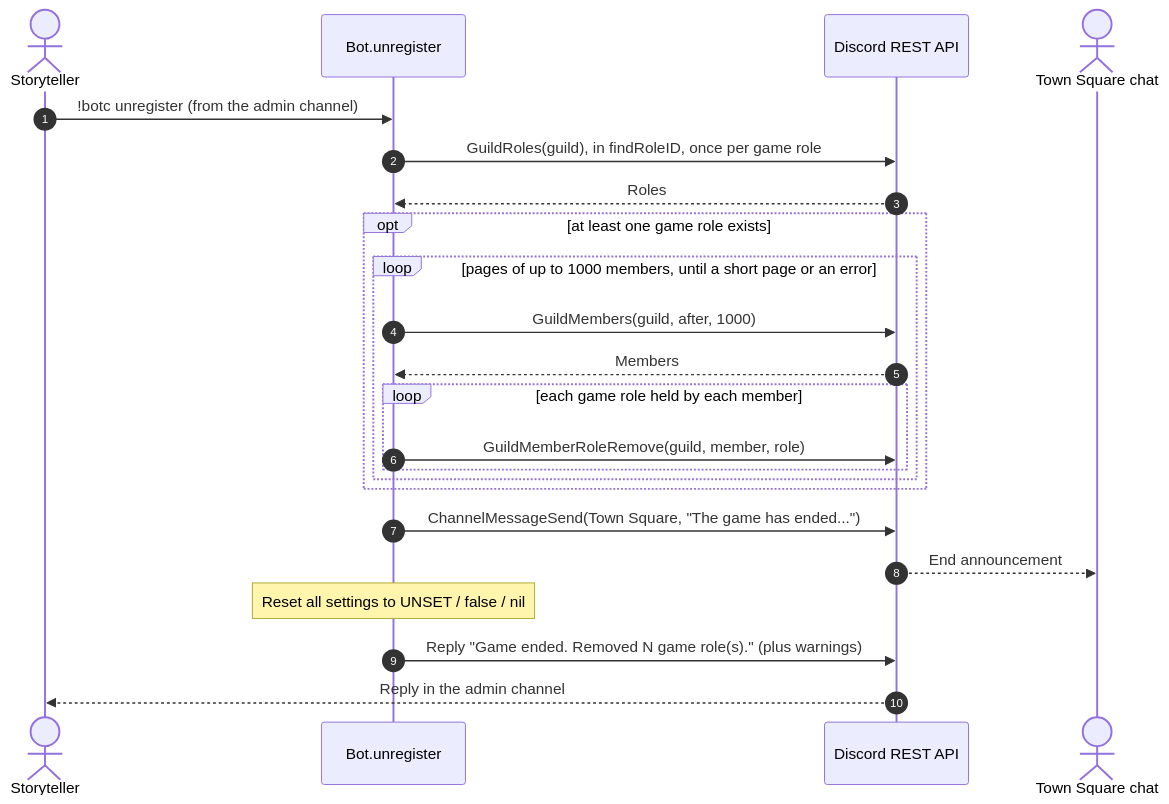
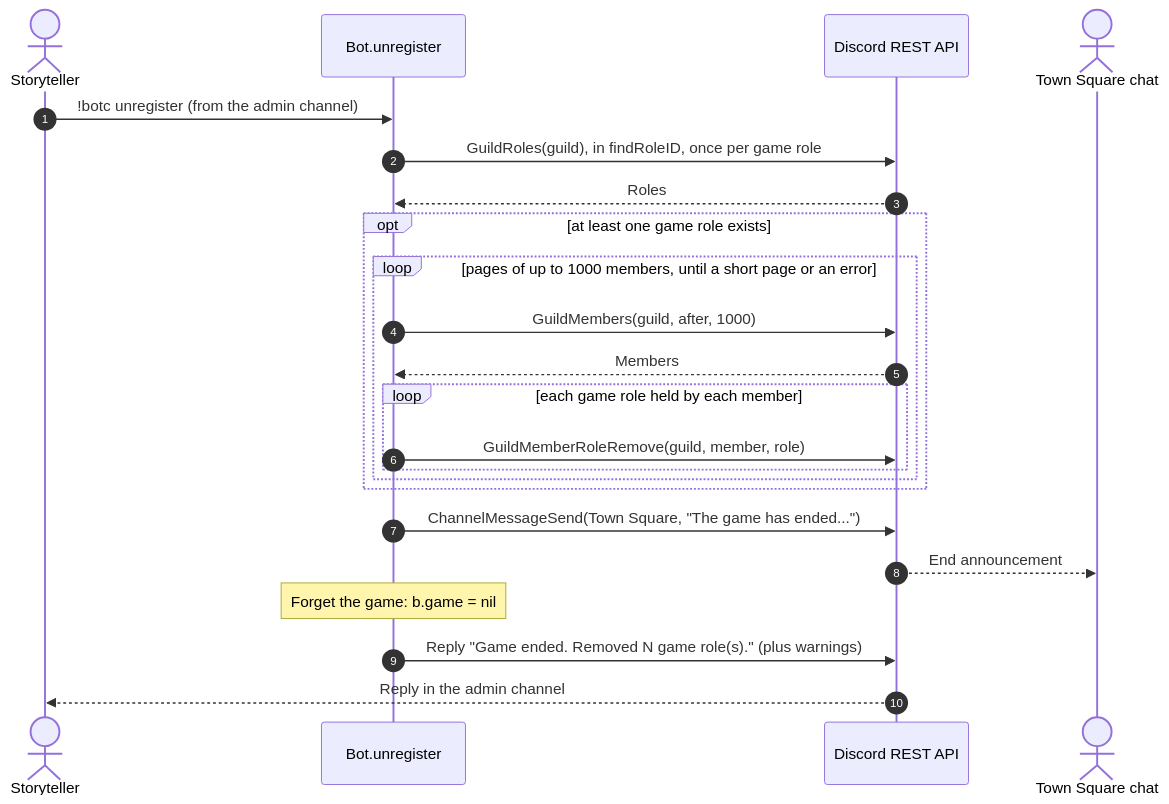
Before and after one commit to RAGNOARAKNOS/BotOnTheClocktower: the fourth of 6 diagrams in docs/uml/game-lifecycle.md, drawn with Mermaid. The commit also changed other lines of this file and 13 other files, not shown here.

````diff
--- a/docs/uml/game-lifecycle.md
+++ b/docs/uml/game-lifecycle.md
@@ -95,26 +95,26 @@
 ```mermaid
 sequenceDiagram
     autonumber
     actor ST as Storyteller
     participant Bot as Bot.unregister
     participant REST as Discord REST API
     actor Town as Town Square chat
 
     ST->>Bot: !botc unregister (from the admin channel)
     Bot->>REST: GuildRoles(guild), in findRoleID, once per game role
     REST-->>Bot: Roles
     opt at least one game role exists
         loop pages of up to 1000 members, until a short page or an error
             Bot->>REST: GuildMembers(guild, after, 1000)
             REST-->>Bot: Members
             loop each game role held by each member
                 Bot->>REST: GuildMemberRoleRemove(guild, member, role)
             end
         end
     end
     Bot->>REST: ChannelMessageSend(Town Square, "The game has ended...")
     REST-->>Town: End announcement
-    Note over Bot: Reset all settings to UNSET / false / nil
+    Note over Bot: Forget the game: b.game = nil
     Bot->>REST: Reply "Game ended. Removed N game role(s)." (plus warnings)
     REST-->>ST: Reply in the admin channel
 ```
````
